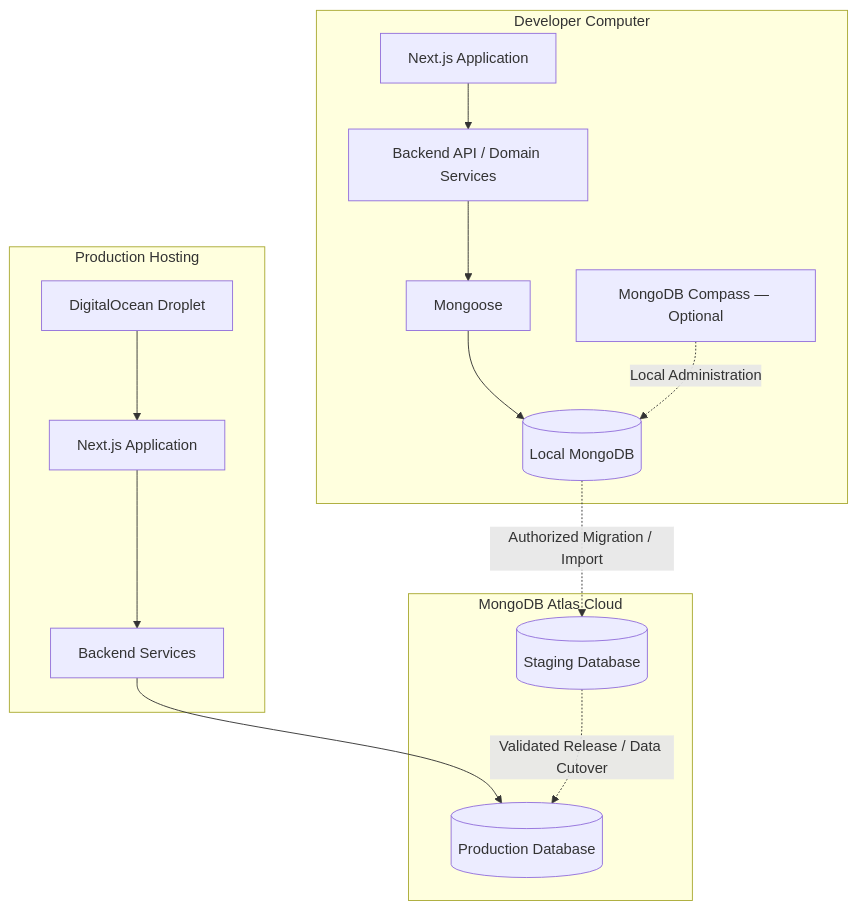
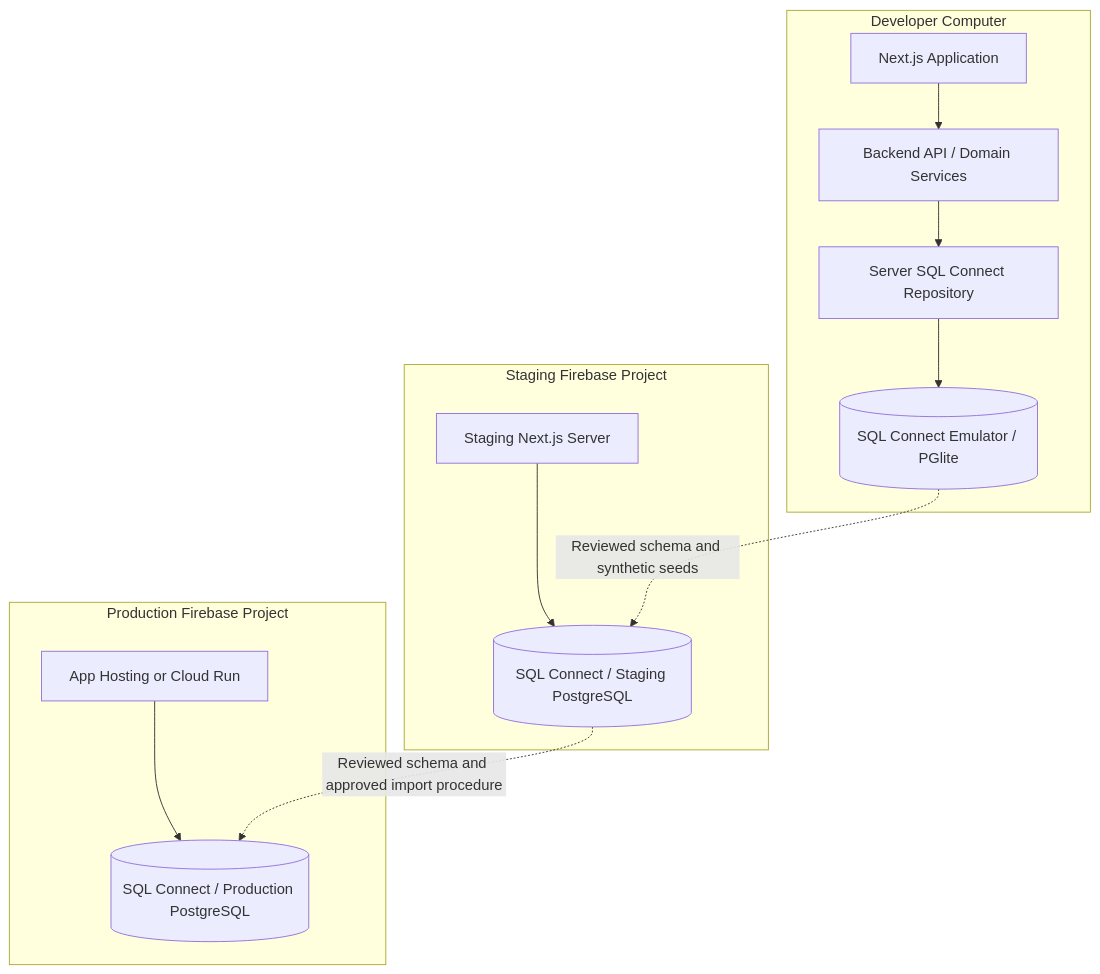
Before and after one commit to orlando-afhomes/afhomes-platform: the diagram in docs/development/database.md, drawn with Mermaid. The commit also changed other lines of this file and 124 other files, not shown here.

````diff
--- a/docs/development/database.md
+++ b/docs/development/database.md
@@ -69,33 +58,25 @@
 ```mermaid
 flowchart TB
     subgraph Local["Developer Computer"]
         WEB["Next.js Application"]
         API["Backend API / Domain Services"]
-        MONGOOSE["Mongoose"]
-        LOCALDB[("Local MongoDB")]
-        COMPASS["MongoDB Compass — Optional"]
+        REPO["Server SQL Connect Repository"]
+        LOCALDB[("SQL Connect Emulator / PGlite")]
     end
 
-    subgraph Production["Production Hosting"]
-        DROPLET["DigitalOcean Droplet"]
-        PRODAPP["Next.js Application"]
-        PRODAPI["Backend Services"]
+    subgraph TestProject["Staging Firebase Project"]
+        TESTAPP["Staging Next.js Server"]
+        TESTDB[("SQL Connect / Staging PostgreSQL")]
     end
 
-    subgraph Cloud["MongoDB Atlas Cloud"]
-        STAGING[("Staging Database")]
-        PRODDB[("Production Database")]
+    subgraph ProdProject["Production Firebase Project"]
+        PRODAPP["App Hosting or Cloud Run"]
+        PRODDB[("SQL Connect / Production PostgreSQL")]
     end
 
-    WEB --> API
-    API --> MONGOOSE
-    MONGOOSE --> LOCALDB
-    COMPASS -. "Local Administration" .-> LOCALDB
-
-    DROPLET --> PRODAPP
-    PRODAPP --> PRODAPI
-    PRODAPI --> PRODDB
-
-    LOCALDB -. "Authorized Migration / Import" .-> STAGING
-    STAGING -. "Validated Release / Data Cutover" .-> PRODDB
+    WEB --> API --> REPO --> LOCALDB
+    TESTAPP --> TESTDB
+    PRODAPP --> PRODDB
+    LOCALDB -. "Reviewed schema and synthetic seeds" .-> TESTDB
+    TESTDB -. "Reviewed schema and approved import procedure" .-> PRODDB
 ```
````
